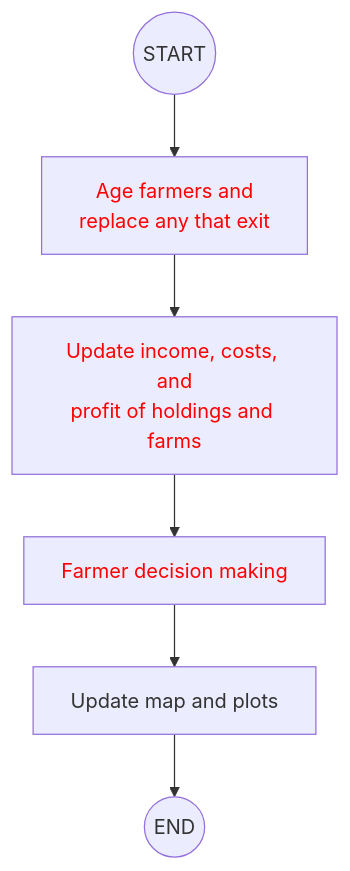
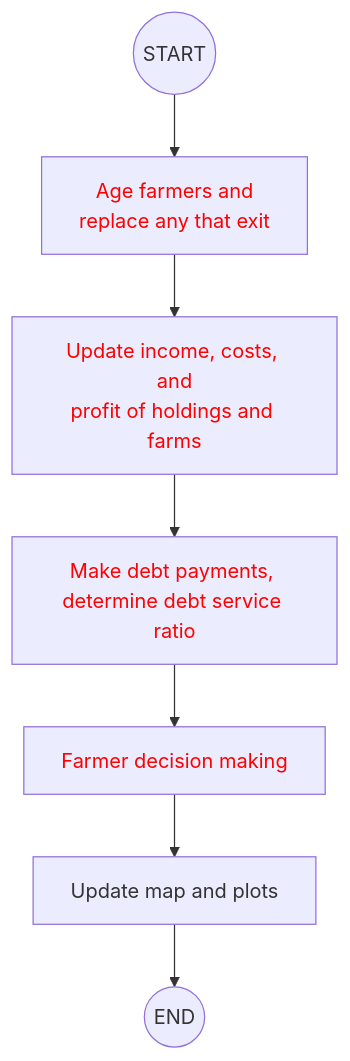
The diagram in model-description/documents/01b-model-main-loop.qmd (DOSull/moving-the-middle-abm), drawn with Mermaid before and after one commit. The commit also changed other lines of this file and 49 other files, not shown here.

````diff
--- a/model-description/documents/01b-model-main-loop.qmd
+++ b/model-description/documents/01b-model-main-loop.qmd
@@ -31,17 +32,20 @@
 ```{mermaid}
 flowchart TB
   A((START))
   B[<span style='color:red;'>Age farmers and<br>replace any that exit</span>]
   C[<span style='color:red;'>Update income, costs, and<br>profit of holdings and farms</span>]
+  D[<span style='color:red;'>Make debt payments, determine debt service ratio</span>]
   E[<span style='color:red;'>Farmer decision making</span>]
   T[Update map and plots]
   Z((END))
   A --> B
   B --> C
-  C --> E
+  C --> D
+  D --> E
   E --> T
   T --> Z
   click B "01c-farmer-aging-and-succession.html" "Click for details"
-  click C "02-calculation-of-holding-income.html" "Click for details"
+  click C "02-holding-income-and-costs.html" "Click for details"
+  click D "02a-debt.html" "Click for details"
   click E "03a-farmer-decisions-general.html" "Click for details"
 ```
````
